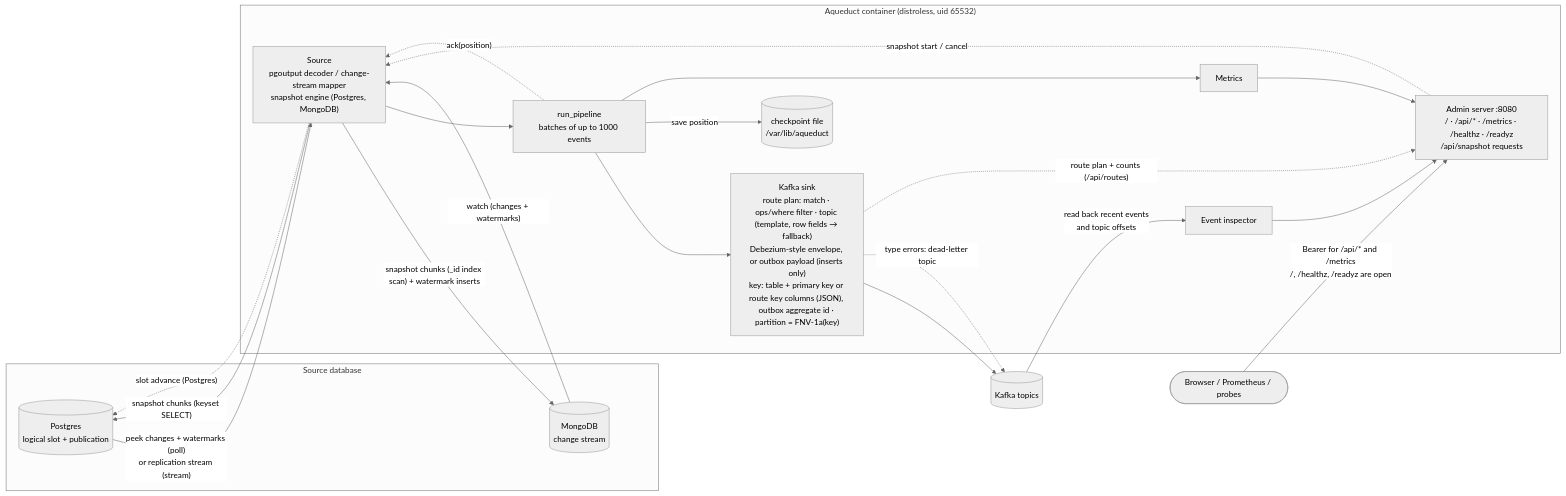
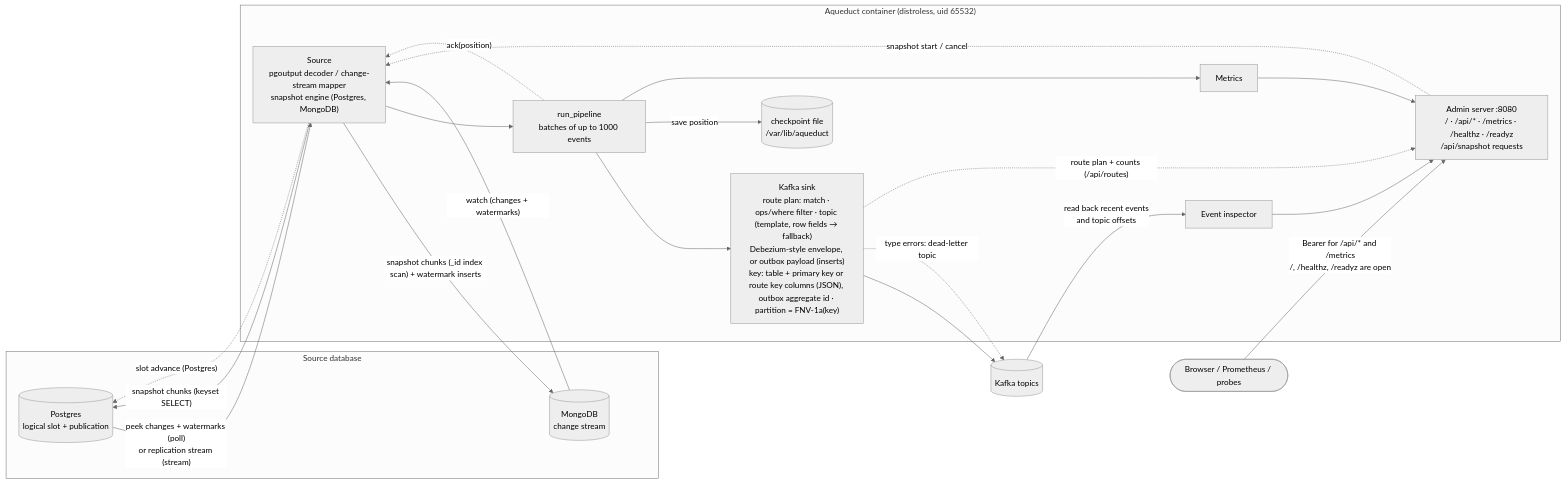
One commit to yarncraft/aqueduct changed the first of 3 diagrams in README.md. Above: the diagram before and after it, drawn with Mermaid (neutral theme). The commit also changed other lines of this file and 7 other files, not shown here.

````diff
--- a/README.md
+++ b/README.md
@@ -18,35 +18,35 @@
 ```mermaid
 flowchart LR
     subgraph db["Source database"]
         PG[("Postgres<br/>logical slot + publication")]
         MG[("MongoDB<br/>change stream")]
     end
 
     subgraph aq["Aqueduct container (distroless, uid 65532)"]
         SRC["Source<br/>pgoutput decoder / change-stream mapper<br/>snapshot engine (Postgres, MongoDB)"]
         PIPE["run_pipeline<br/>batches of up to 1000 events"]
-        SINK["Kafka sink<br/>route plan: match · ops/where filter · topic (template, row fields → fallback)<br/>Debezium-style envelope, or outbox payload (inserts only)<br/>key: table + primary key or route key columns (JSON), outbox aggregate id · partition = FNV-1a(key)"]
+        SINK["Kafka sink<br/>route plan: match · ops/where filter · topic (template, row fields → fallback)<br/>Debezium-style envelope, or outbox payload (inserts)<br/>key: table + primary key or route key columns (JSON), outbox aggregate id · partition = FNV-1a(key)"]
         CK[("checkpoint file<br/>/var/lib/aqueduct")]
         MET["Metrics"]
         ADM["Admin server :8080<br/>/ · /api/* · /metrics · /healthz · /readyz<br/>/api/snapshot requests"]
         INS["Event inspector"]
     end
 
     K[("Kafka topics")]
     U(["Browser / Prometheus / probes"])
 
     PG -- "peek changes + watermarks (poll)<br/>or replication stream (stream)" --> SRC
     SRC -- "snapshot chunks (keyset SELECT)" --> PG
     MG -- "watch (changes + watermarks)" --> SRC
     SRC -- "snapshot chunks (_id index scan) + watermark inserts" --> MG
     SRC --> PIPE --> SINK --> K
     SINK -. "type errors: dead-letter topic" .-> K
     SINK -. "route plan + counts (/api/routes)" .-> ADM
     PIPE -- "save position" --> CK
     PIPE -. "ack(position)" .-> SRC
     SRC -. "slot advance (Postgres)" .-> PG
     PIPE --> MET --> ADM
     ADM -. "snapshot start / cancel" .-> SRC
     K -- "read back recent events<br/>and topic offsets" --> INS --> ADM
     U -- "Bearer for /api/* and /metrics<br/>/, /healthz, /readyz are open" --> ADM
 ```
````
